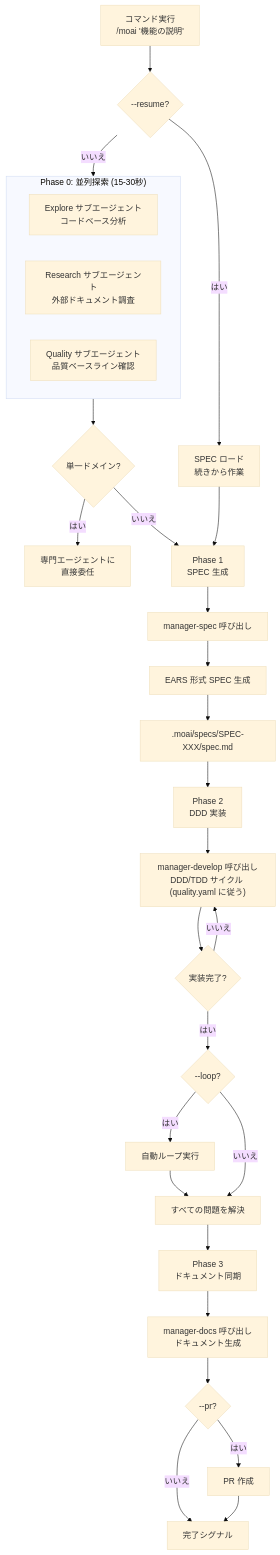
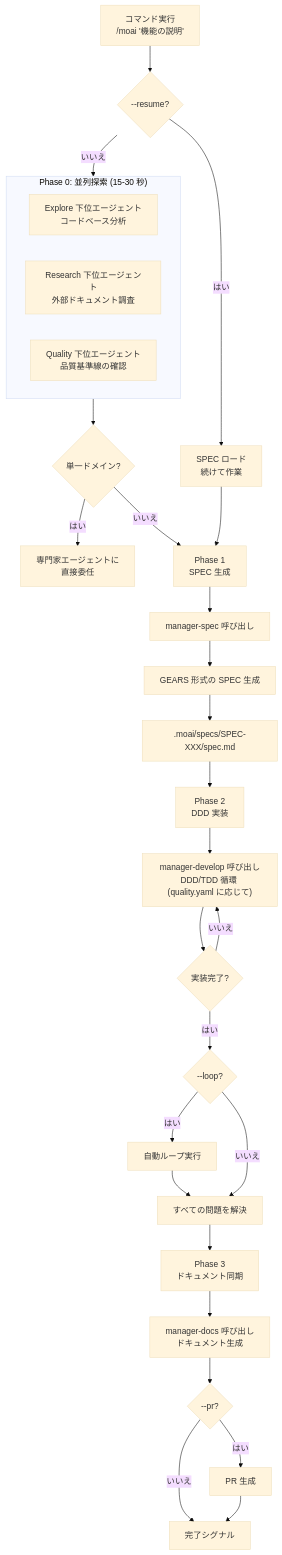
One commit to modu-ai/moai-adk changed the diagram in docs-site/content/ja/utility-commands/moai.md. Above: the diagram before and after it, drawn with Mermaid (base theme). The commit also changed other lines of this file and 180 other files, not shown here.

````diff
--- a/docs-site/content/ja/utility-commands/moai.md
+++ b/docs-site/content/ja/utility-commands/moai.md
@@ -119,40 +121,40 @@
 ```mermaid
 flowchart TD
     A["コマンド実行<br/>/moai '機能の説明'"] --> B{--resume?}
-    B -->|はい| C["SPEC ロード<br/>続きから作業"]
+    B -->|はい| C["SPEC ロード<br/>続けて作業"]
     B -->|いいえ| D["Phase 0<br/>並列探索"]
 
-    subgraph D["Phase 0: 並列探索 (15-30秒)"]
-        D1["Explore サブエージェント<br/>コードベース分析"]
-        D2["Research サブエージェント<br/>外部ドキュメント調査"]
-        D3["Quality サブエージェント<br/>品質ベースライン確認"]
+    subgraph D["Phase 0: 並列探索 (15-30 秒)"]
+        D1["Explore 下位エージェント<br/>コードベース分析"]
+        D2["Research 下位エージェント<br/>外部ドキュメント調査"]
+        D3["Quality 下位エージェント<br/>品質基準線の確認"]
     end
 
     D --> E{"単一ドメイン?"}
-    E -->|はい| F["専門エージェントに<br/>直接委任"]
+    E -->|はい| F["専門家エージェントに<br/>直接委任"]
     E -->|いいえ| G["Phase 1 継続"]
 
     C --> G["Phase 1<br/>SPEC 生成"]
     G --> H["manager-spec 呼び出し"]
-    H --> I["EARS 形式 SPEC 生成"]
+    H --> I["GEARS 形式の SPEC 生成"]
     I --> J[".moai/specs/SPEC-XXX/spec.md"]
 
     J --> K["Phase 2<br/>DDD 実装"]
 
-    K --> L["manager-develop 呼び出し<br/>DDD/TDD サイクル (quality.yaml に従う)"]
+    K --> L["manager-develop 呼び出し<br/>DDD/TDD 循環 (quality.yaml に応じて)"]
     L --> M{"実装完了?"}
     M -->|いいえ| L
     M -->|はい| N{"--loop?"}
 
     N -->|はい| O["自動ループ実行"]
     O --> P["すべての問題を解決"]
     N -->|いいえ| P
 
     P --> Q["Phase 3<br/>ドキュメント同期"]
 
     Q --> R["manager-docs 呼び出し<br/>ドキュメント生成"]
     R --> S{"--pr?"}
-    S -->|はい| T["PR 作成"]
+    S -->|はい| T["PR 生成"]
     S -->|いいえ| U["完了シグナル"]
     T --> U
 ```
````
